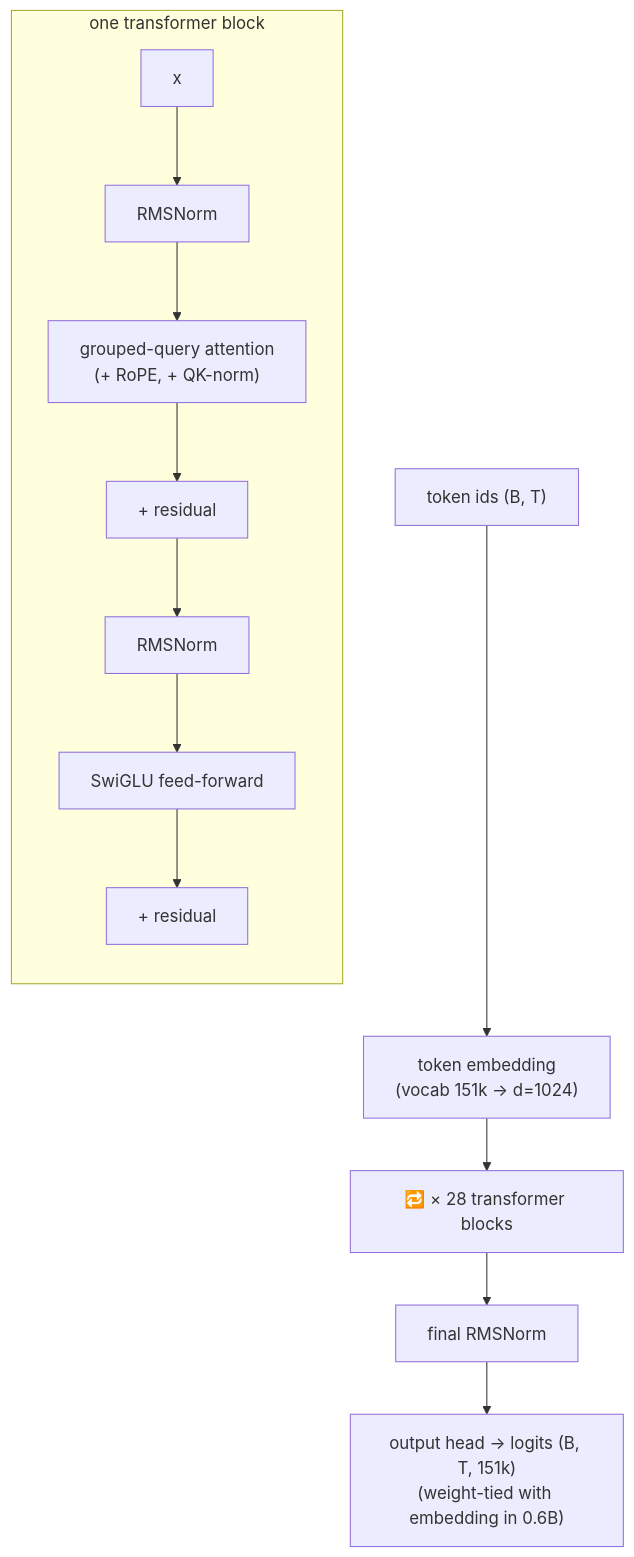
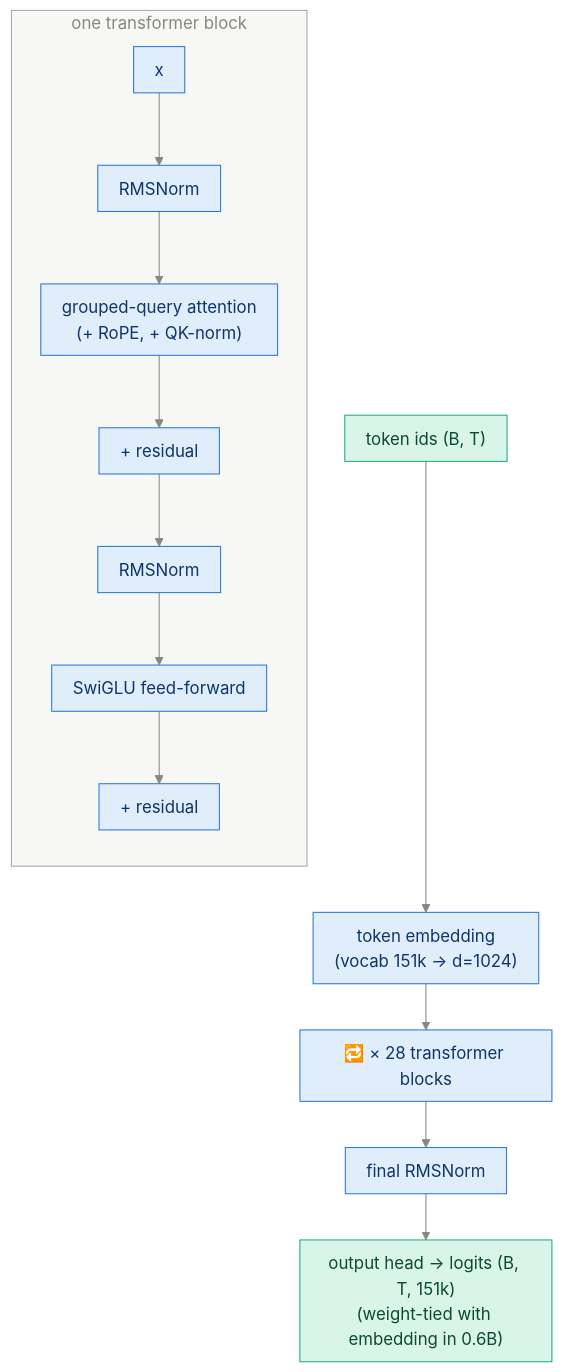
The first of 3 diagrams in study_guide/appendix_qwen3_architecture.md (sudhanshu-shivam-dev/reasoning_model_from_scratch), drawn with Mermaid before and after one commit. The commit also changed other lines of this file and 14 other files, not shown here.

First line of the commit message:
Restyle all 54 diagrams: consistent palette, semantic colors, better spacing

````diff
--- a/study_guide/appendix_qwen3_architecture.md
+++ b/study_guide/appendix_qwen3_architecture.md
@@ -14,12 +14,15 @@
 ```mermaid
+%%{init: {"theme":"base","themeVariables":{"primaryColor":"#e0edfb","primaryTextColor":"#0d366b","primaryBorderColor":"#2a78d6","lineColor":"#898781","textColor":"#52514e","edgeLabelBackground":"#f0efec","clusterBkg":"rgba(137,135,129,0.07)","clusterBorder":"#a9a7a0","titleColor":"#898781"},"flowchart":{"nodeSpacing":36,"rankSpacing":44,"curve":"basis","padding":10}}}%%
 flowchart TB
     IDS["token ids (B, T)"] --> EMB["token embedding<br/>(vocab 151k → d=1024)"]
     EMB --> BLK["🔁 × 28 transformer blocks"]
     subgraph BLOCK["one transformer block"]
         direction TB
         X["x"] --> N1["RMSNorm"] --> ATT["grouped-query attention<br/>(+ RoPE, + QK-norm)"] --> A1["+ residual"]
         A1 --> N2["RMSNorm"] --> FF["SwiGLU feed-forward"] --> A2["+ residual"]
     end
     BLK --> FN["final RMSNorm"]
     FN --> HEAD["output head → logits (B, T, 151k)<br/>(weight-tied with embedding in 0.6B)"]
+    classDef data fill:#d9f4e9,stroke:#1baf7a,color:#0b4a33
+    class IDS,HEAD data
 ```
````
